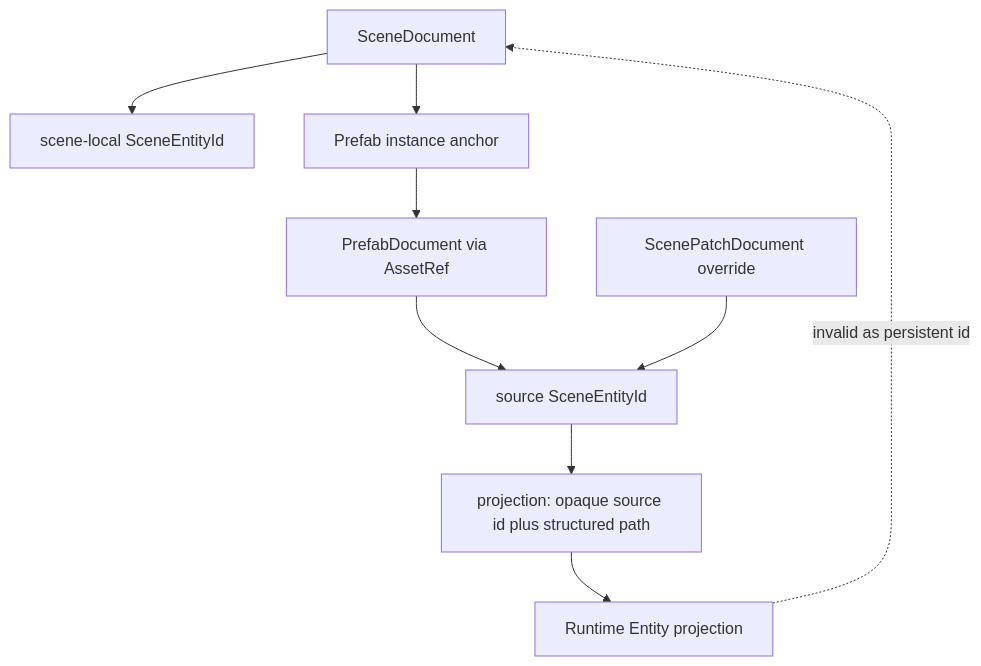
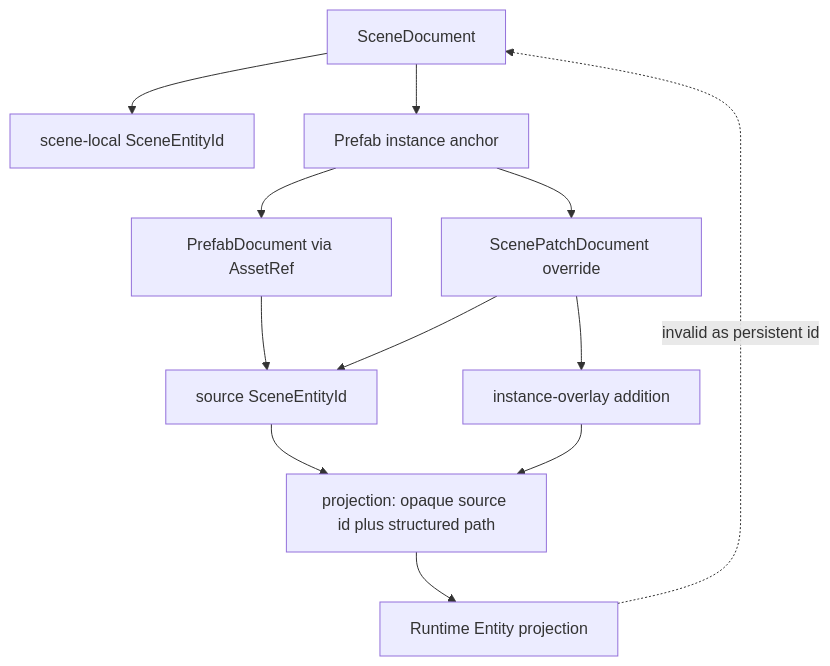
The diagram in docs/architecture/adr/0038-scene-prefab-authoring-identity-and-provenance.md (Latias94/nara), drawn with Mermaid before and after one commit. The commit also changed other lines of this file and 44 other files, not shown here.

First line of the commit message:
fix(scene)!: preserve instance-addition origin through projections

````diff
--- a/docs/architecture/adr/0038-scene-prefab-authoring-identity-and-provenance.md
+++ b/docs/architecture/adr/0038-scene-prefab-authoring-identity-and-provenance.md
@@ -54,11 +67,14 @@
 ```mermaid
 flowchart TD
     Scene[SceneDocument] --> Local[scene-local SceneEntityId]
     Scene --> Anchor[Prefab instance anchor]
     Anchor --> Source[PrefabDocument via AssetRef]
     Source --> SourceEntity[source SceneEntityId]
     SourceEntity --> Expanded[projection: opaque source id plus structured path]
     Override[ScenePatchDocument override] --> SourceEntity
+    Anchor --> Override
+    Override --> Addition[instance-overlay addition]
+    Addition --> Expanded
     Expanded --> Runtime[Runtime Entity projection]
     Runtime -. invalid as persistent id .-> Scene
 ```
````
